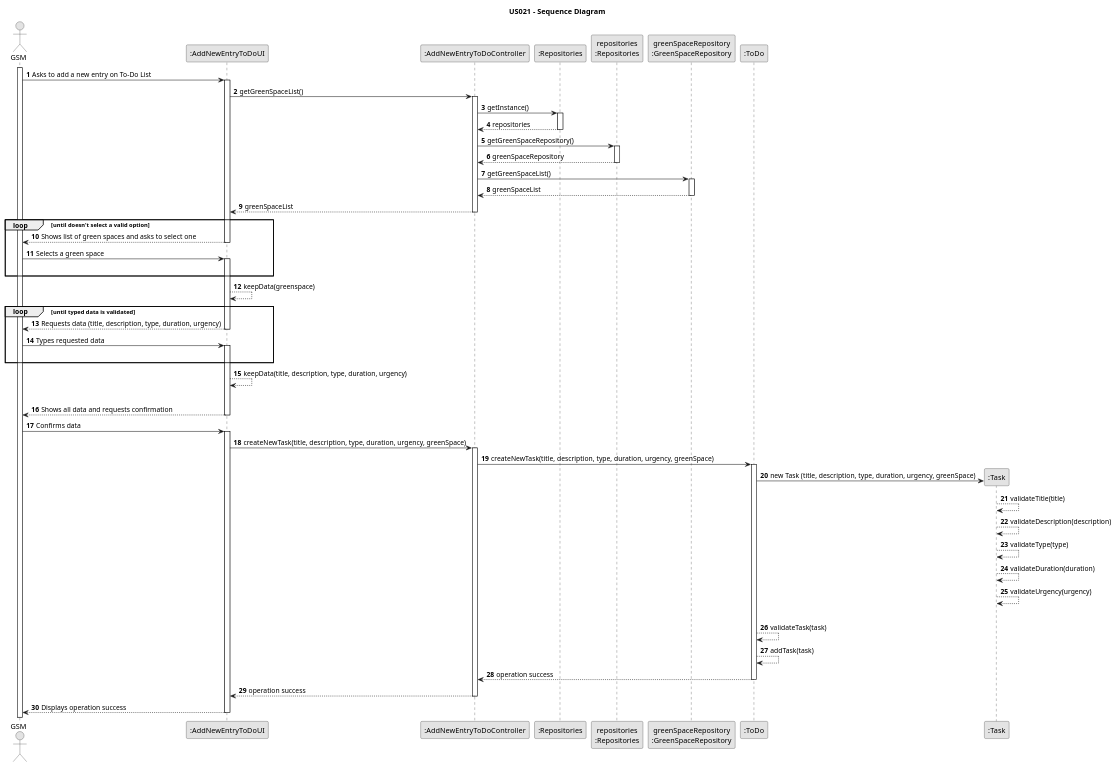
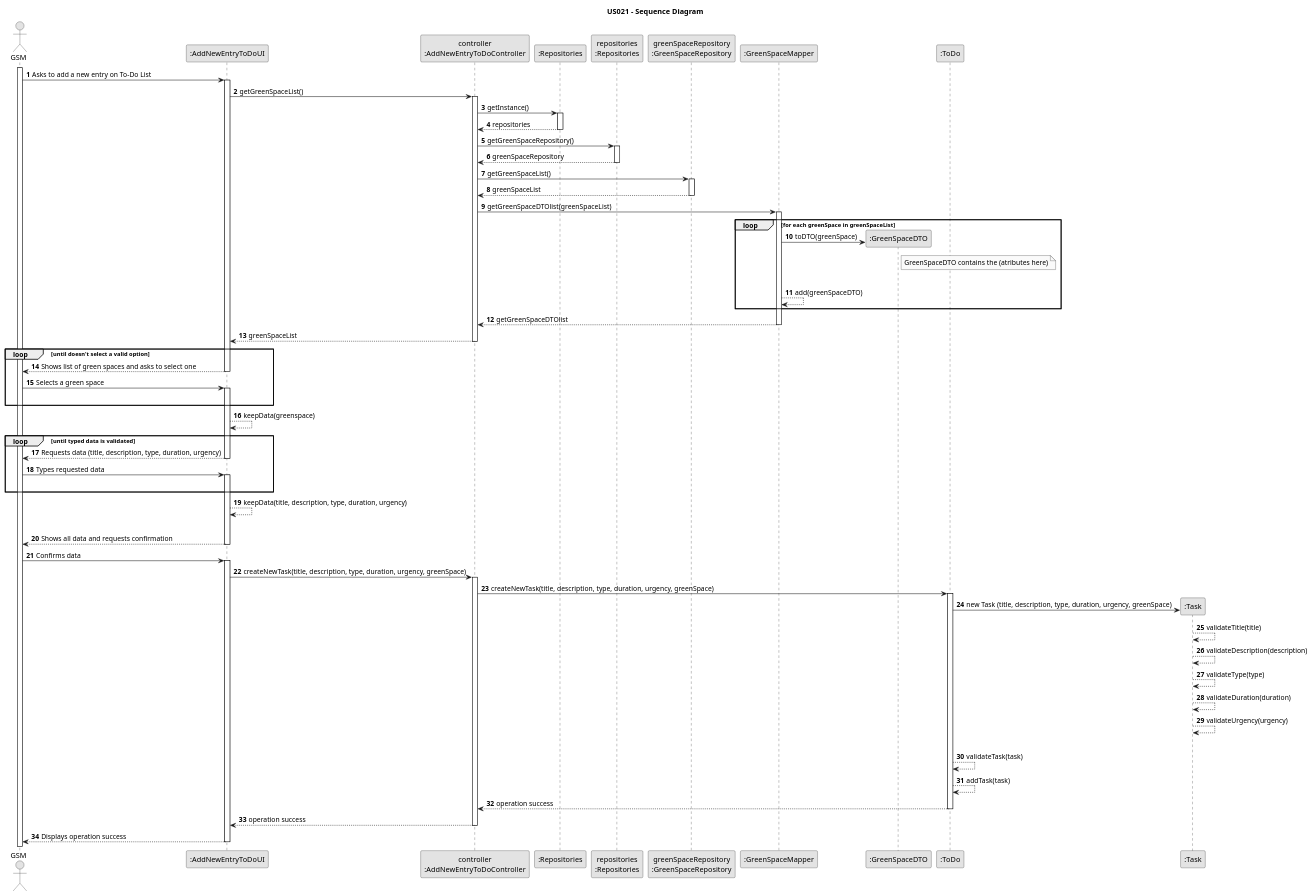
Before and after one commit to Rui-San/LAPR2_2023_2024: the diagram in docs/sprintC/us021/03.design/puml/us021-sequence-diagram.puml, drawn with PlantUML.

Commit message:
US021: added object to dto system sequence

```diff
--- a/docs/sprintC/us021/03.design/puml/us021-sequence-diagram.puml
+++ b/docs/sprintC/us021/03.design/puml/us021-sequence-diagram.puml
@@ -1,122 +1,146 @@
 @startuml
 skinparam monochrome true
 skinparam packageStyle rectangle
 skinparam shadowing false
 
 title US021 - Sequence Diagram
 
 autonumber
 
 actor "GSM" as GSM
 participant ":AddNewEntryToDoUI" as UI
-participant ":AddNewEntryToDoController" as CTRL
+participant "controller\n:AddNewEntryToDoController" as CTRL
 participant ":Repositories" as REPO
 participant "repositories\n:Repositories" as REPOInstance
 participant "greenSpaceRepository\n:GreenSpaceRepository" as GreenSpaceREPO
+participant ":GreenSpaceMapper" as GreenSpaceMapper
+participant ":GreenSpaceDTO" as GreenSpaceDTO
 participant ":ToDo" as Todo
 participant ":Task" as Task
 
 activate GSM
 
     GSM -> UI : Asks to add a new entry on To-Do List
     activate UI
 
     UI -> CTRL : getGreenSpaceList()
     activate CTRL
 
         CTRL -> REPO : getInstance()
         activate REPO
 
             REPO --> CTRL : repositories
         deactivate REPO
         CTRL -> REPOInstance: getGreenSpaceRepository()
 
         activate REPOInstance
 
             REPOInstance --> CTRL : greenSpaceRepository
         deactivate REPOInstance
 
         CTRL -> GreenSpaceREPO : getGreenSpaceList()
         activate GreenSpaceREPO
+
         GreenSpaceREPO --> CTRL : greenSpaceList
+
         deactivate GreenSpaceREPO
+
+        CTRL -> GreenSpaceMapper : getGreenSpaceDTOlist(greenSpaceList)
+
+        activate GreenSpaceMapper
+loop for each greenSpace in greenSpaceList
+            GreenSpaceMapper -> GreenSpaceDTO** : toDTO(greenSpace)
+
+            note right of GreenSpaceDTO
+                                GreenSpaceDTO contains the (atributes here)
+                            end note
+                            |||
+            GreenSpaceMapper --> GreenSpaceMapper : add(greenSpaceDTO)
+
+end loop
+            GreenSpaceMapper --> CTRL : getGreenSpaceDTOlist
+
+
+
+        deactivate GreenSpaceMapper
+
 
 
 
 
 
 
 
 
 CTRL --> UI : greenSpaceList
     deactivate CTRL
 
 
     loop until doesn't select a valid option
                     UI --> GSM : Shows list of green spaces and asks to select one
                 deactivate UI
 
                 GSM -> UI : Selects a green space
 
                 activate UI
                 |||
                 end
 
             UI --> UI : keepData(greenspace)
 
 
     loop until typed data is validated
 
         UI --> GSM : Requests data (title, description, type, duration, urgency)
     deactivate UI
 
     GSM -> UI : Types requested data
 
     activate UI
     |||
 
     end
 
         UI --> UI : keepData(title, description, type, duration, urgency)
         |||
 
 
                 UI --> GSM : Shows all data and requests confirmation
 deactivate UI
     GSM -> UI : Confirms data
 
     activate UI
 
     UI -> CTRL : createNewTask(title, description, type, duration, urgency, greenSpace)
     activate CTRL
 
         CTRL -> Todo : createNewTask(title, description, type, duration, urgency, greenSpace)
 
         activate Todo
 
             Todo -> Task** : new Task (title, description, type, duration, urgency, greenSpace)
 
             Task --> Task : validateTitle(title)
 
             Task --> Task : validateDescription(description)
 
             Task --> Task : validateType(type)
 
             Task --> Task : validateDuration(duration)
 
             Task --> Task : validateUrgency(urgency)
 
            |||
 
             Todo --> Todo : validateTask(task)
 
             Todo --> Todo : addTask(task)
 
             Todo --> CTRL : operation success
             deactivate Todo
             CTRL --> UI : operation success
             deactivate CTRL
         UI --> GSM : Displays operation success
     deactivate UI
 
 @enduml
```
